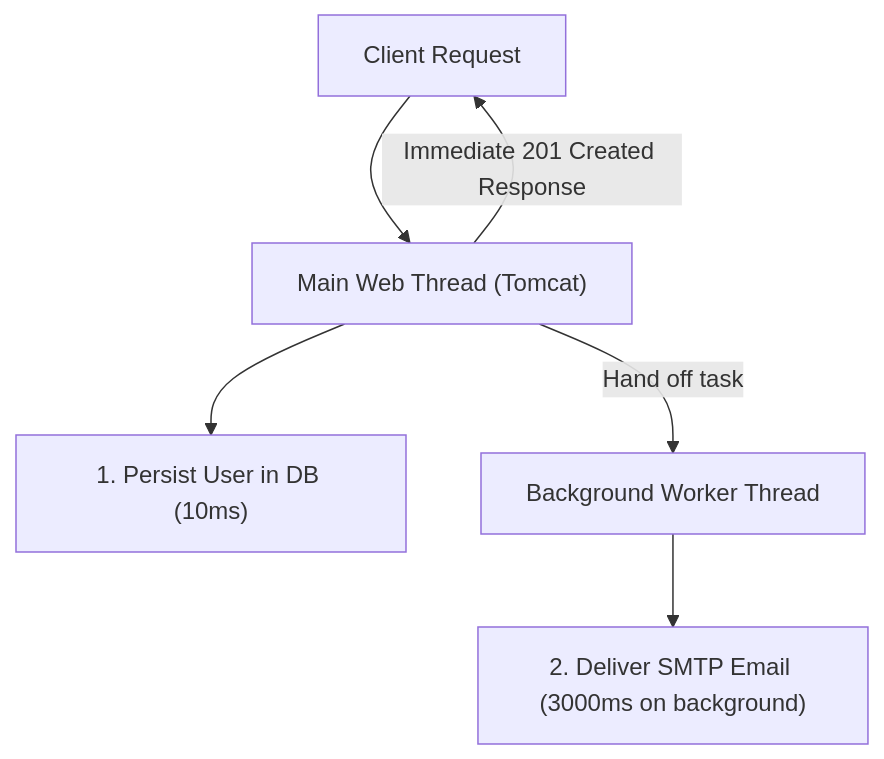
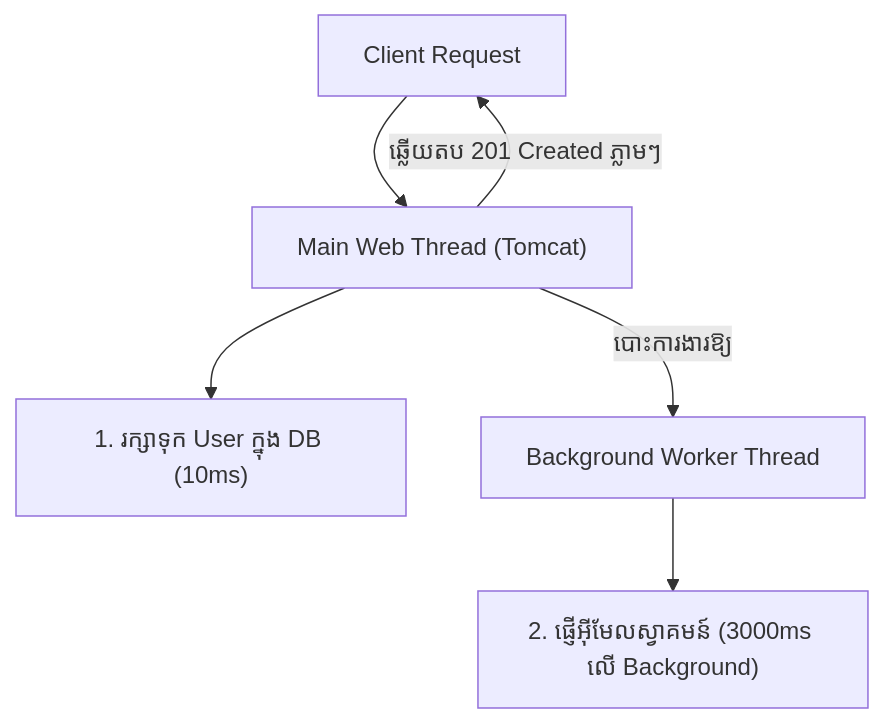
One commit to sakousa856-sketch/java-spring-for-developers-khmer changed the diagram in 04-spring-boot/06-advanced-spring-boot-features/01-task-scheduling/README.md. Above: the diagram before and after it, drawn with Mermaid. The commit also changed other lines of this file and 290 other files, not shown here.

````diff
--- a/04-spring-boot/06-advanced-spring-boot-features/01-task-scheduling/README.md
+++ b/04-spring-boot/06-advanced-spring-boot-features/01-task-scheduling/README.md
@@ -81,9 +79,10 @@
 ```mermaid
 flowchart TD
     Client["Client Request"] --> WebThread["Main Web Thread (Tomcat)"]
-    WebThread --> SaveDB["1. Persist User in DB (10ms)"]
-    WebThread -->|Hand off task| AsyncThread["Background Worker Thread"]
-    WebThread -->|Immediate 201 Created Response| Client
+    WebThread --> SaveDB["1. រក្សាទុក User ក្នុង DB (10ms)"]
+    WebThread -->|បោះការងារឱ្យ| AsyncThread["Background Worker Thread"]
+    WebThread -->|ឆ្លើយតប 201 Created ភ្លាមៗ| Client
     
-    AsyncThread --> SendEmail["2. Deliver SMTP Email (3000ms on background)"]
+    AsyncThread --> SendEmail["2. ផ្ញើអ៊ីមែលស្វាគមន៍ (3000ms លើ Background)"]
+
 ```
````
